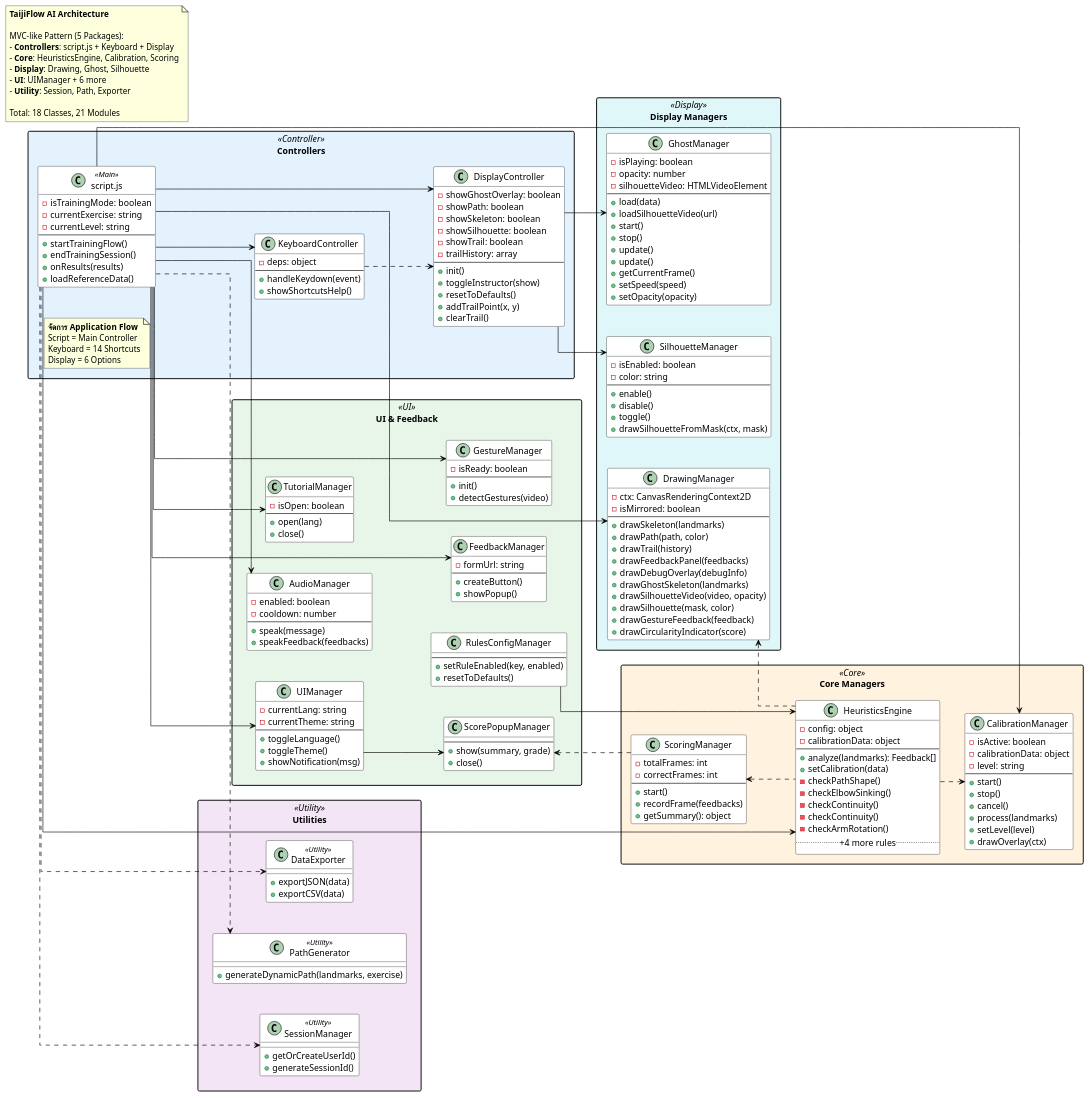
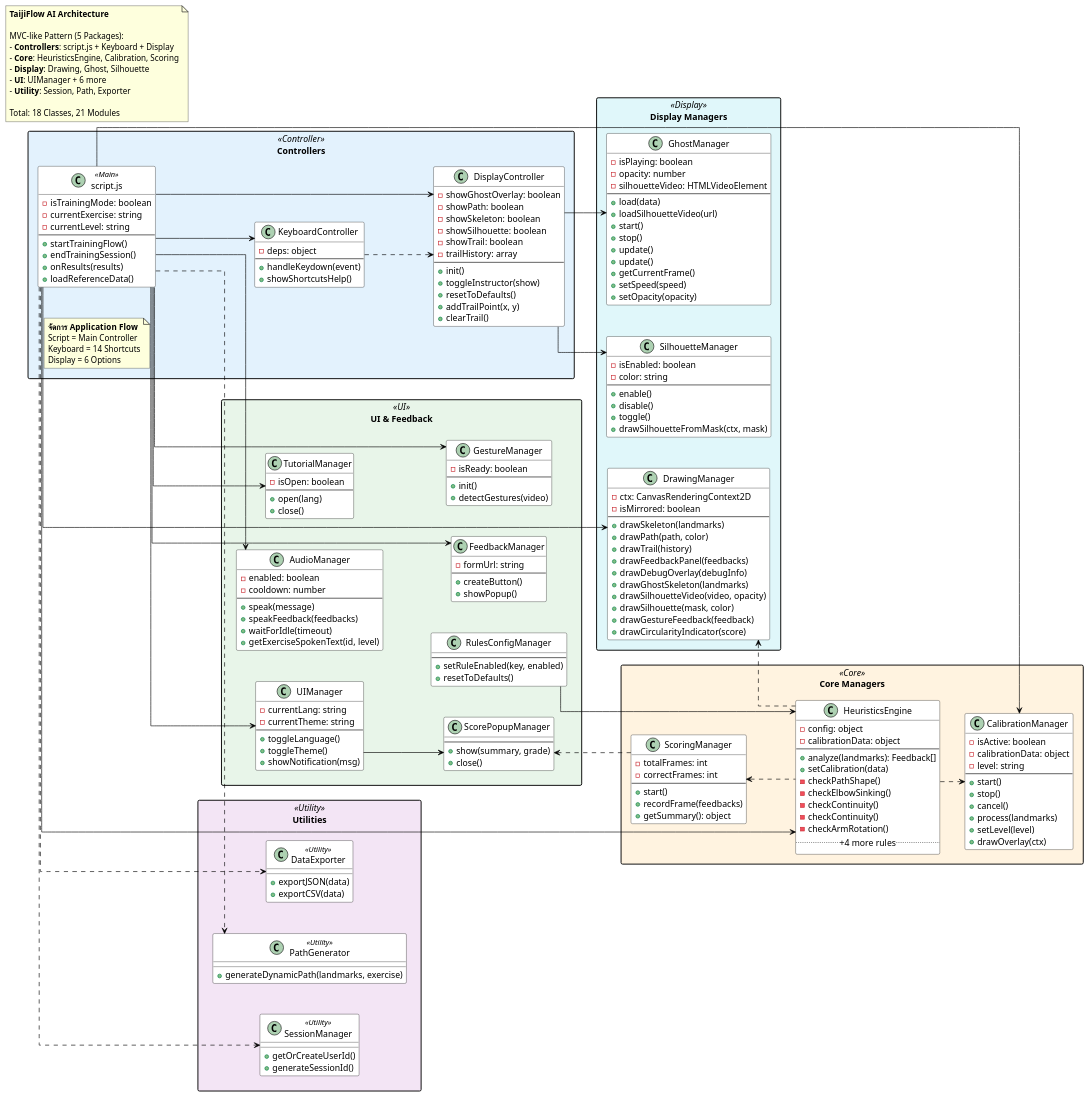
The diagram in docs/diagrams/ClassDiagram.wsd (vyut/TaijiFlow), drawn with PlantUML before and after one commit. The commit also changed 14 other files, not shown here.

Commit message:
Fixed updated diagrams

```diff
--- a/docs/diagrams/ClassDiagram.wsd
+++ b/docs/diagrams/ClassDiagram.wsd
@@ -189,6 +189,8 @@
             --
             + speak(message)
             + speakFeedback(feedbacks)
+            + waitForIdle(timeout)
+            + getExerciseSpokenText(id, level)
         }
         
         class TutorialManager {
```
